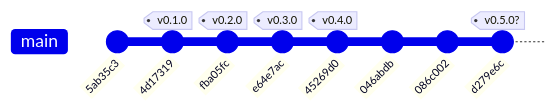
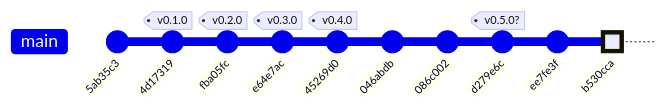
Before and after one commit to x-force-42/mmb-core: the second of 4 diagrams in docs/arvore.md, drawn with Mermaid. The commit also changed other lines of this file and 2 other files, not shown here.

````diff
--- a/docs/arvore.md
+++ b/docs/arvore.md
@@ -90,11 +93,13 @@
 ```mermaid
 gitGraph
    commit id: "5ab35c3"
    commit id: "4d17319" tag: "v0.1.0"
    commit id: "fba05fc" tag: "v0.2.0"
    commit id: "e64e7ac" tag: "v0.3.0"
    commit id: "45269d0" tag: "v0.4.0"
    commit id: "046abdb"
    commit id: "086c002"
    commit id: "d279e6c" tag: "v0.5.0?"
+   commit id: "ee7fe3f"
+   commit id: "b530cca" type: HIGHLIGHT
 ```
````
